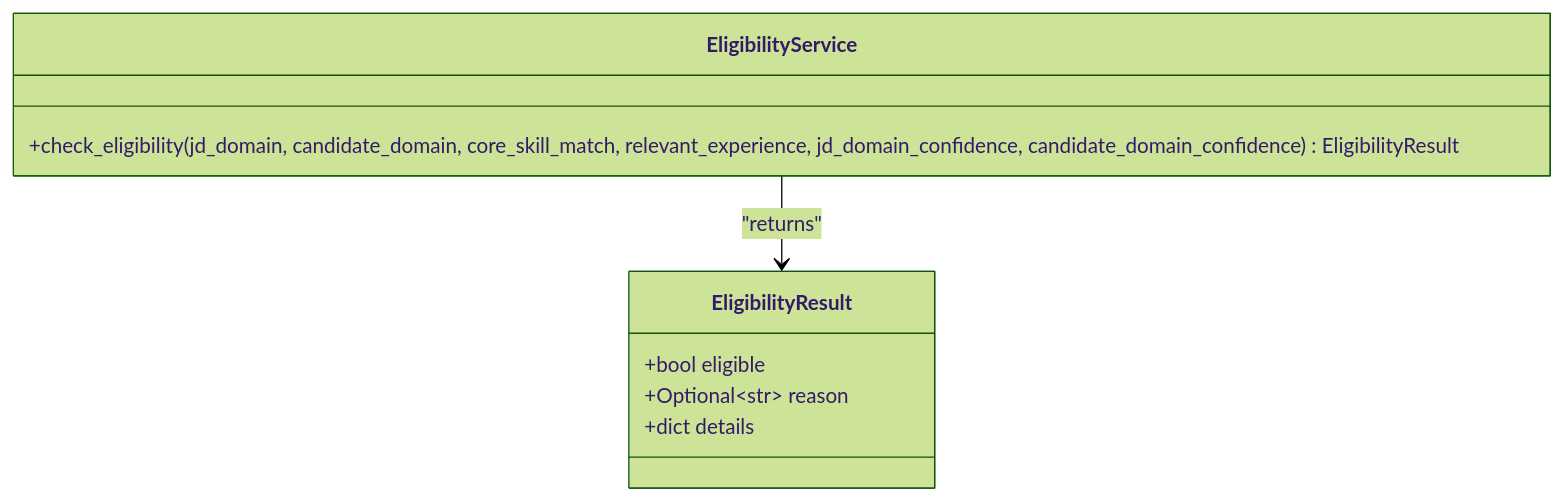
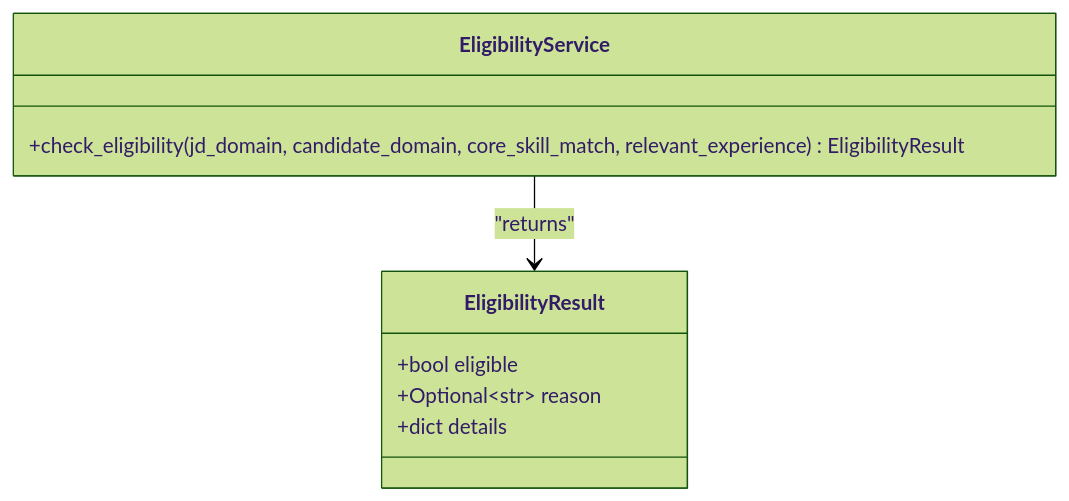
One commit to Revanththetalogics/aireume changed the second of 8 diagrams in .qoder/repowiki/en/content/Analysis Engine/Eligibility Engine.md. Above: the diagram before and after it, drawn with Mermaid (forest theme). The commit also changed other lines of this file and 41 other files, not shown here.

Commit message:
feat: ATS evolution sprint — auto skill tagging, kanban board, candidate profile, tenant email config

````diff
--- a/.qoder/repowiki/en/content/Analysis Engine/Eligibility Engine.md
+++ b/.qoder/repowiki/en/content/Analysis Engine/Eligibility Engine.md
@@ -76,12 +91,12 @@
 ```mermaid
 classDiagram
 class EligibilityResult {
 +bool eligible
 +Optional~str~ reason
 +dict details
 }
 class EligibilityService {
-+check_eligibility(jd_domain, candidate_domain, core_skill_match, relevant_experience, jd_domain_confidence, candidate_domain_confidence) EligibilityResult
++check_eligibility(jd_domain, candidate_domain, core_skill_match, relevant_experience) EligibilityResult
 }
 EligibilityService --> EligibilityResult : "returns"
 ```
````
